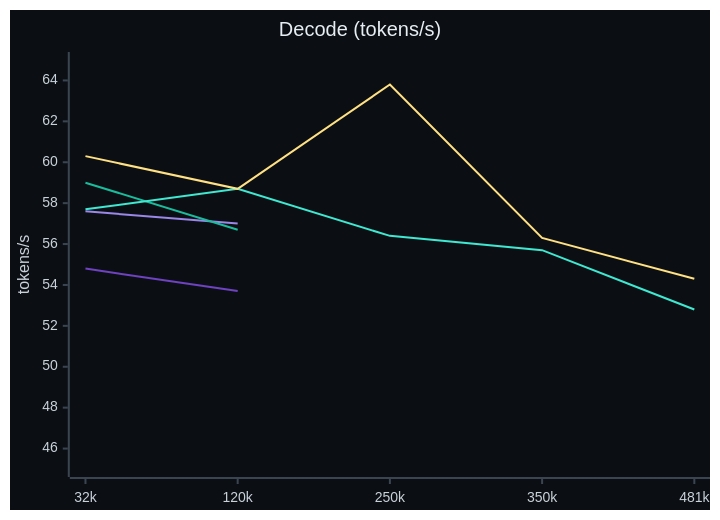
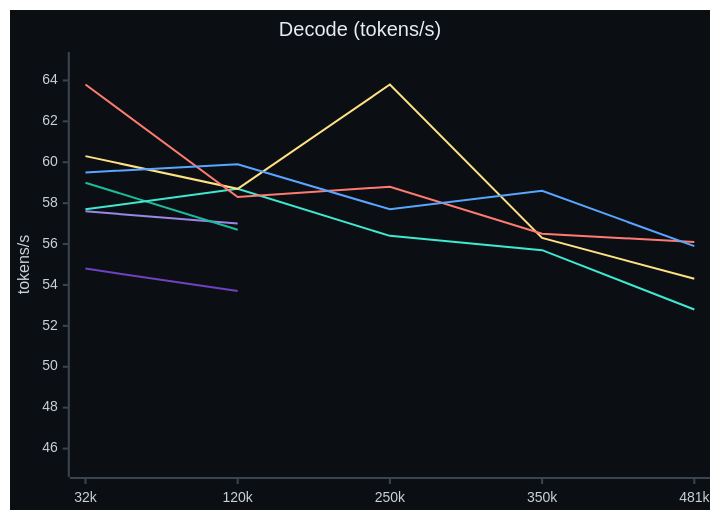
The second of 2 diagrams in data/readmes/shawnshekari__strixite.md (zqf20096327/ai_collect), drawn with Mermaid before and after one commit. The commit also changed other lines of this file and 1934 other files, not shown here.

````diff
--- a/data/readmes/shawnshekari__strixite.md
+++ b/data/readmes/shawnshekari__strixite.md
@@ -43,12 +47,14 @@
 ```mermaid
-%%{init: {"theme": "base", "themeVariables": {"xyChart": {"backgroundColor": "#0b0f14", "titleColor": "#e6edf3", "xAxisLabelColor": "#c9d1d9", "yAxisLabelColor": "#c9d1d9", "xAxisTitleColor": "#c9d1d9", "yAxisTitleColor": "#c9d1d9", "xAxisLineColor": "#3b4552", "yAxisLineColor": "#3b4552", "xAxisTickColor": "#3b4552", "yAxisTickColor": "#3b4552", "plotColorPalette": "#6f42c1, #9b87e8, #1abc9c, #3fe8d0, #ffe083"}}}}%%
+%%{init: {"theme": "base", "themeVariables": {"xyChart": {"backgroundColor": "#0b0f14", "titleColor": "#e6edf3", "xAxisLabelColor": "#c9d1d9", "yAxisLabelColor": "#c9d1d9", "xAxisTitleColor": "#c9d1d9", "yAxisTitleColor": "#c9d1d9", "xAxisLineColor": "#3b4552", "yAxisLineColor": "#3b4552", "xAxisTickColor": "#3b4552", "yAxisTickColor": "#3b4552", "plotColorPalette": "#6f42c1, #9b87e8, #1abc9c, #3fe8d0, #ffe083, #ff7b72, #58a6ff"}}}}%%
 xychart-beta
     title "Decode (tokens/s)"
     x-axis ["32k", "120k", "250k", "350k", "481k"]
     y-axis "tokens/s" 45 --> 65
     line [54.8, 53.7]
     line [57.6, 57.0]
     line [59.0, 56.7]
     line [57.7, 58.7, 56.4, 55.7, 52.8]
     line [60.3, 58.7, 63.8, 56.3, 54.3]
+    line [63.8, 58.3, 58.8, 56.5, 56.1]
+    line [59.5, 59.9, 57.7, 58.6, 55.9]
 ```
````
